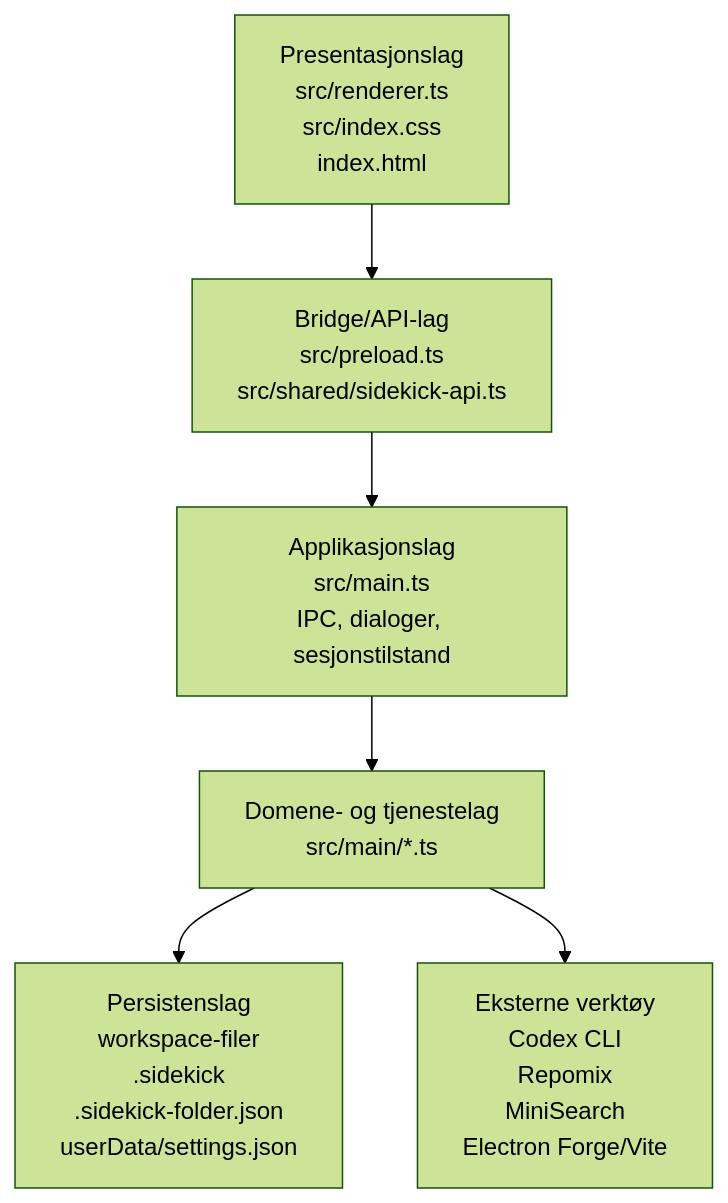
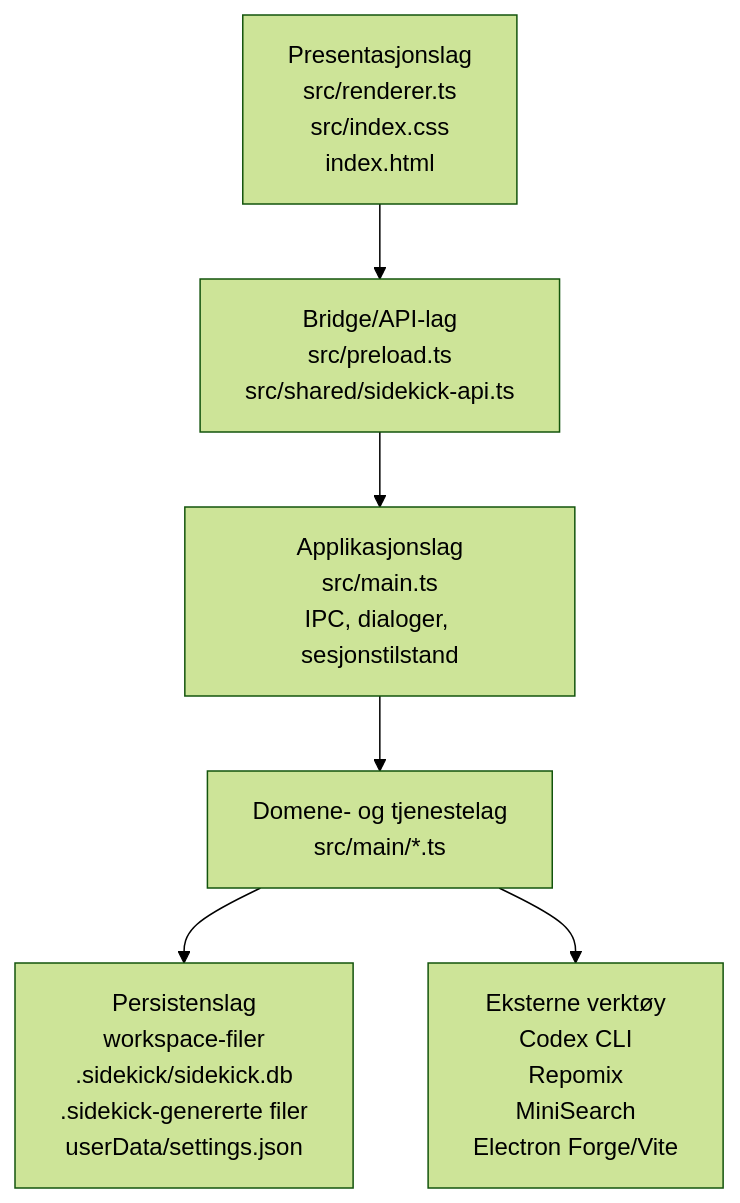
One commit to trulstveoy/Sidekick changed the second of 7 diagrams in docs/architecture/solution-architecture.md. Above: the diagram before and after it, drawn with Mermaid (forest theme). The commit also changed other lines of this file and 15 other files, not shown here.

````diff
--- a/docs/architecture/solution-architecture.md
+++ b/docs/architecture/solution-architecture.md
@@ -31,15 +31,15 @@
 ```mermaid
 flowchart TB
   UI["Presentasjonslag\nsrc/renderer.ts\nsrc/index.css\nindex.html"]
   Bridge["Bridge/API-lag\nsrc/preload.ts\nsrc/shared/sidekick-api.ts"]
   App["Applikasjonslag\nsrc/main.ts\nIPC, dialoger, sesjonstilstand"]
   Domain["Domene- og tjenestelag\nsrc/main/*.ts"]
-  Persistence["Persistenslag\nworkspace-filer\n.sidekick\n.sidekick-folder.json\nuserData/settings.json"]
+  Persistence["Persistenslag\nworkspace-filer\n.sidekick/sidekick.db\n.sidekick-genererte filer\nuserData/settings.json"]
   Tools["Eksterne verktøy\nCodex CLI\nRepomix\nMiniSearch\nElectron Forge/Vite"]
 
   UI --> Bridge
   Bridge --> App
   App --> Domain
   Domain --> Persistence
   Domain --> Tools
 ```
````
